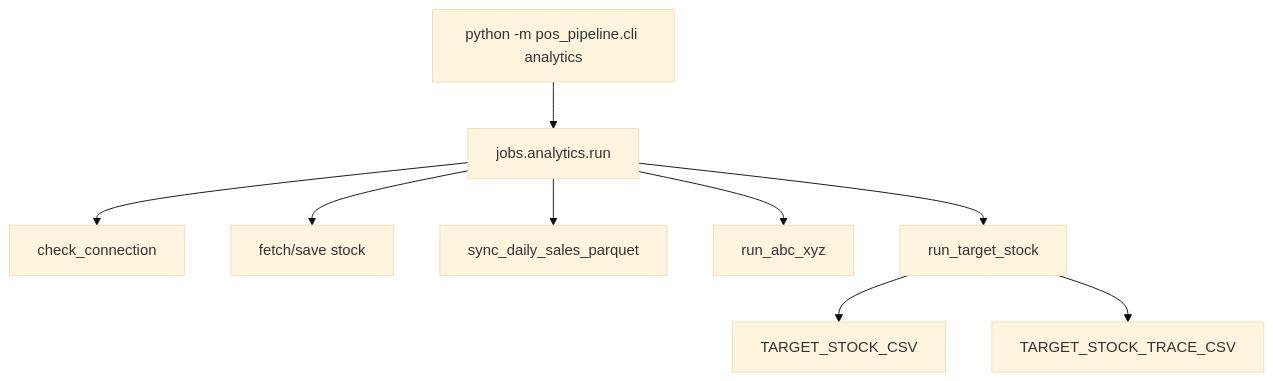
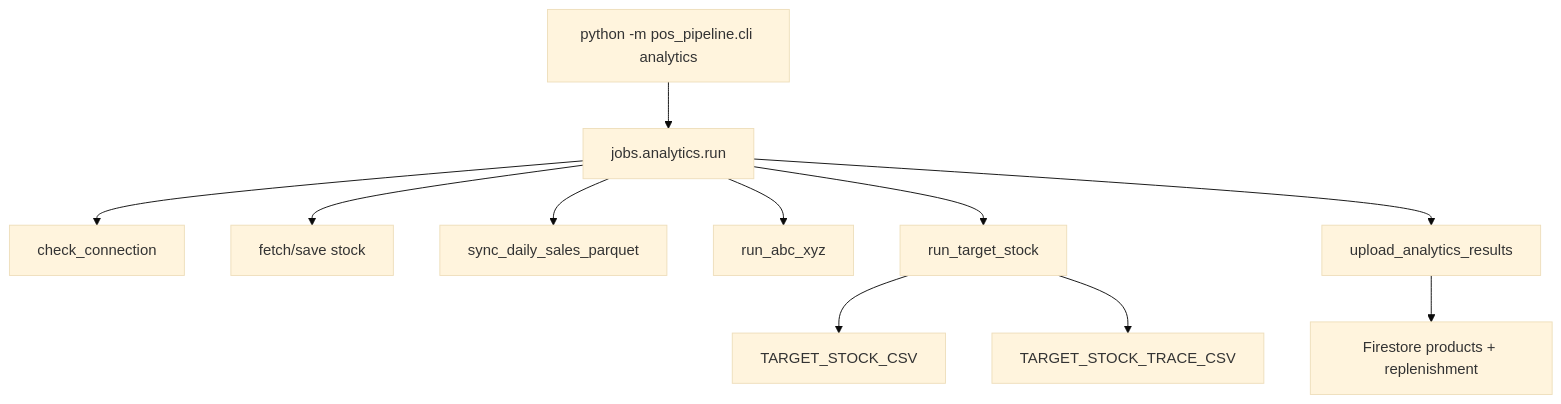
One commit to chengchakkwong/POS-Data-Analytics-Pipeline changed the second of 3 diagrams in docs/ANALYTICS_PIPELINE.md. Above: the diagram before and after it, drawn with Mermaid (base theme). The commit also changed other lines of this file and 7 other files, not shown here.

Commit message:
feat(analytics): upload classification and target stock to Firestore

````diff
--- a/docs/ANALYTICS_PIPELINE.md
+++ b/docs/ANALYTICS_PIPELINE.md
@@ -52,19 +55,22 @@
 ```mermaid
 flowchart TD
   CLI["python -m pos_pipeline.cli analytics"]
   Job["jobs.analytics.run"]
   DB["check_connection"]
   Stock["fetch/save stock"]
   Cache["sync_daily_sales_parquet"]
   ABCXYZ["run_abc_xyz"]
   Target["run_target_stock"]
+  Upload["upload_analytics_results"]
 
   CLI --> Job
   Job --> DB
   Job --> Stock
   Job --> Cache
   Job --> ABCXYZ
   Job --> Target
   Target --> PlanOut["TARGET_STOCK_CSV"]
   Target --> TraceOut["TARGET_STOCK_TRACE_CSV"]
+  Job --> Upload
+  Upload --> FS["Firestore products + replenishment"]
 ```
````
